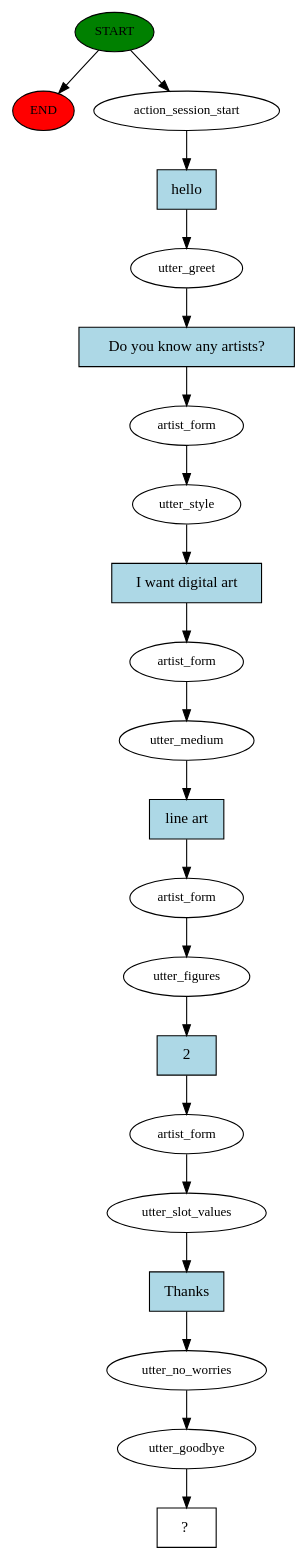
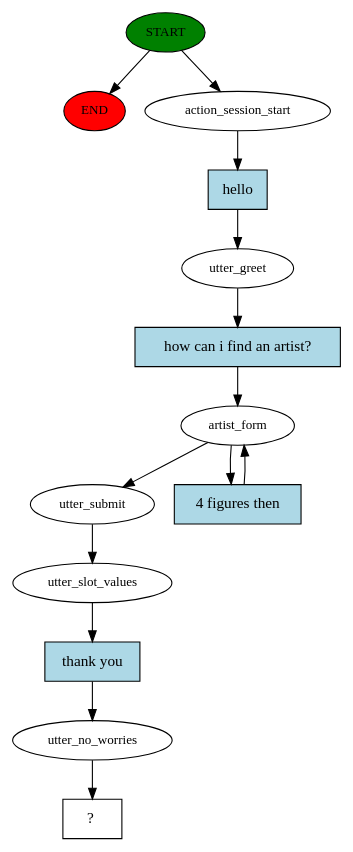
Before and after one commit to AnuttharadeSilva/ArtistsFinderChatbot: the diagram in story_graph.dot, drawn with Graphviz. The commit also changed 8 other files, not shown here.

```diff
--- a/story_graph.dot
+++ b/story_graph.dot
@@ -1,43 +1,28 @@
 digraph  {
 0 [class="start active", fillcolor=green, fontsize=12, label=START, style=filled];
 "-1" [class=end, fillcolor=red, fontsize=12, label=END, style=filled];
 1 [class=active, fontsize=12, label=action_session_start];
 2 [class=active, fontsize=12, label=utter_greet];
 3 [class=active, fontsize=12, label=artist_form];
-4 [class=active, fontsize=12, label=utter_style];
-5 [class=active, fontsize=12, label=artist_form];
-6 [class=active, fontsize=12, label=utter_medium];
-7 [class=active, fontsize=12, label=artist_form];
-8 [class=active, fontsize=12, label=utter_figures];
-9 [class=active, fontsize=12, label=artist_form];
-10 [class=active, fontsize=12, label=utter_slot_values];
-11 [class=active, fontsize=12, label=utter_no_worries];
-12 [class=active, fontsize=12, label=utter_goodbye];
-13 [class="intent dashed active", label="  ?  ", shape=rect];
-14 [class="intent active", fillcolor=lightblue, label=hello, shape=rect, style=filled];
-15 [class="intent active", fillcolor=lightblue, label="Do you know any artists?", shape=rect, style=filled];
-16 [class="intent active", fillcolor=lightblue, label="I want digital art", shape=rect, style=filled];
-17 [class="intent active", fillcolor=lightblue, label="line art", shape=rect, style=filled];
-18 [class="intent active", fillcolor=lightblue, label=2, shape=rect, style=filled];
-19 [class="intent active", fillcolor=lightblue, label=Thanks, shape=rect, style=filled];
+8 [class=active, fontsize=12, label=utter_submit];
+9 [class=active, fontsize=12, label=utter_slot_values];
+10 [class=active, fontsize=12, label=utter_no_worries];
+11 [class="intent dashed active", label="  ?  ", shape=rect];
+12 [class="intent active", fillcolor=lightblue, label=hello, shape=rect, style=filled];
+13 [class="intent active", fillcolor=lightblue, label="how can i find an artist?", shape=rect, style=filled];
+14 [class="intent active", fillcolor=lightblue, label="4 figures then", shape=rect, style=filled];
+15 [class="intent active", fillcolor=lightblue, label="thank you", shape=rect, style=filled];
 0 -> "-1"  [class="", key=NONE, label=""];
 0 -> 1  [class=active, key=NONE, label=""];
-1 -> 14  [class=active, key=0];
-2 -> 15  [class=active, key=0];
-3 -> 4  [class=active, key=NONE, label=""];
-4 -> 16  [class=active, key=0];
-5 -> 6  [class=active, key=NONE, label=""];
-6 -> 17  [class=active, key=0];
-7 -> 8  [class=active, key=NONE, label=""];
-8 -> 18  [class=active, key=0];
-9 -> 10  [class=active, key=NONE, label=""];
-10 -> 19  [class=active, key=0];
-11 -> 12  [class=active, key=NONE, label=""];
-12 -> 13  [class=active, key=NONE, label=""];
-14 -> 2  [class=active, key=0];
-15 -> 3  [class=active, key=0];
-16 -> 5  [class=active, key=0];
-17 -> 7  [class=active, key=0];
-18 -> 9  [class=active, key=0];
-19 -> 11  [class=active, key=0];
+1 -> 12  [class=active, key=0];
+2 -> 13  [class=active, key=0];
+3 -> 8  [class=active, key=NONE, label=""];
+3 -> 14  [class=active, key=0];
+8 -> 9  [class=active, key=NONE, label=""];
+9 -> 15  [class=active, key=0];
+10 -> 11  [class=active, key=NONE, label=""];
+12 -> 2  [class=active, key=0];
+13 -> 3  [class=active, key=0];
+14 -> 3  [class=active, key=0];
+15 -> 10  [class=active, key=0];
 }
```
